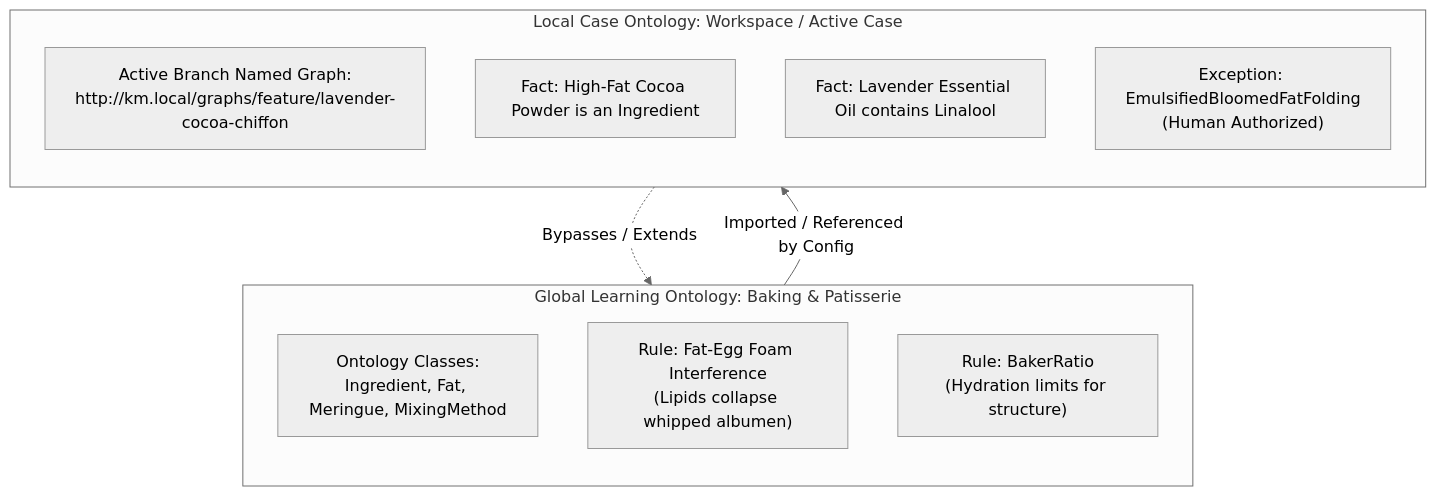
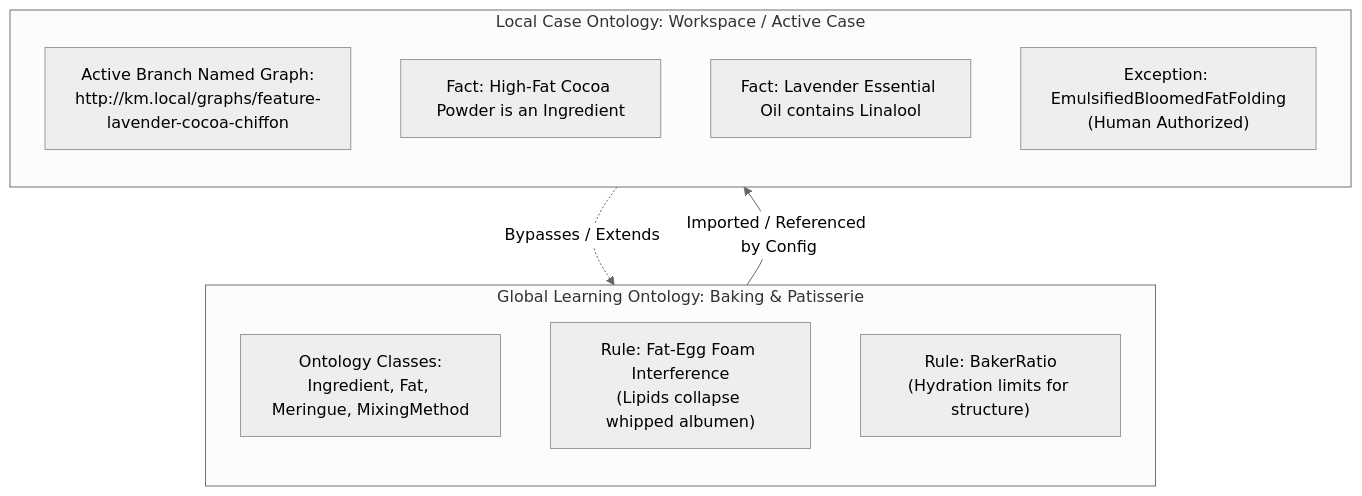
One commit to isaacnugroho/km changed the diagram in docs/simulations/cake-recipe-simulation.md. Above: the diagram before and after it, drawn with Mermaid (neutral theme). The commit also changed other lines of this file and 13 other files, not shown here.

````diff
--- a/docs/simulations/cake-recipe-simulation.md
+++ b/docs/simulations/cake-recipe-simulation.md
@@ -18,20 +18,20 @@
 ```mermaid
 graph TD
     subgraph Learning_Ontology [Global Learning Ontology: Baking & Patisserie]
         direction TB
         LO_Class[Ontology Classes:<br>Ingredient, Fat, Meringue, MixingMethod]
         LO_Rule1["Rule: Fat-Egg Foam Interference<br>(Lipids collapse whipped albumen)"]
         LO_Rule2["Rule: BakerRatio<br>(Hydration limits for structure)"]
     end
 
     subgraph Case_Ontology [Local Case Ontology: Workspace / Active Case]
         direction TB
-        CO_Branch["Active Branch Named Graph:<br>http://km.local/graphs/feature/lavender-cocoa-chiffon"]
+        CO_Branch["Active Branch Named Graph:<br>http://km.local/graphs/feature-lavender-cocoa-chiffon"]
         CO_Fact1["Fact: High-Fat Cocoa Powder is an Ingredient"]
         CO_Fact2["Fact: Lavender Essential Oil contains Linalool"]
         CO_Exception["Exception: EmulsifiedBloomedFatFolding<br>(Human Authorized)"]
     end
 
     Learning_Ontology -->|Imported / Referenced by Config| Case_Ontology
     CO_Exception -.->|Bypasses / Extends| LO_Rule1
 ```
````
